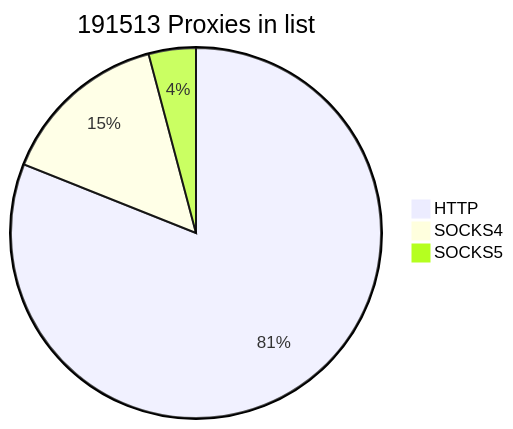
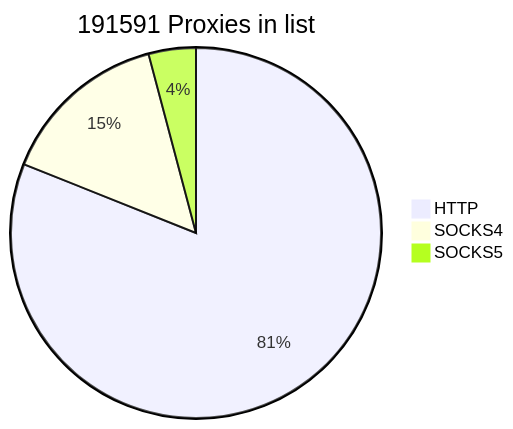
One commit to cutipu/proxylist changed the first of 2 diagrams in README.md. Above: the diagram before and after it, drawn with Mermaid. The commit also changed other lines of this file, not shown here.

````diff
--- a/README.md
+++ b/README.md
@@ -2,7 +2,7 @@
 ```mermaid
-pie title 191513 Proxies in list
-    "HTTP" : 155196
-    "SOCKS4" : 28425
-    "SOCKS5" : 7892
+pie title 191591 Proxies in list
+    "HTTP" : 155288
+    "SOCKS4" : 28402
+    "SOCKS5" : 7901
             
 ```
````
